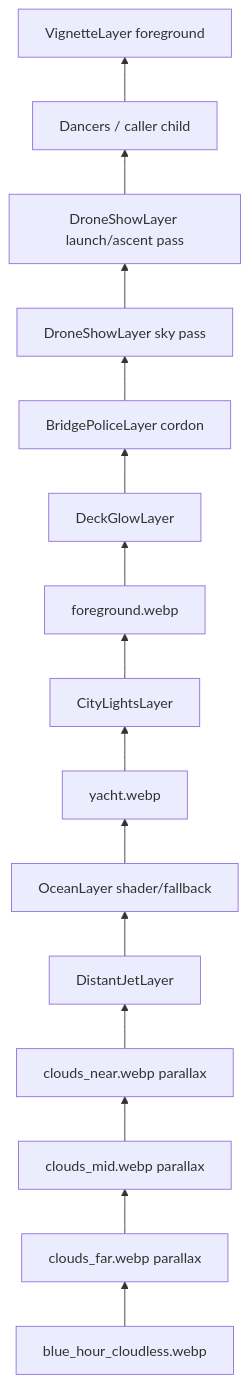
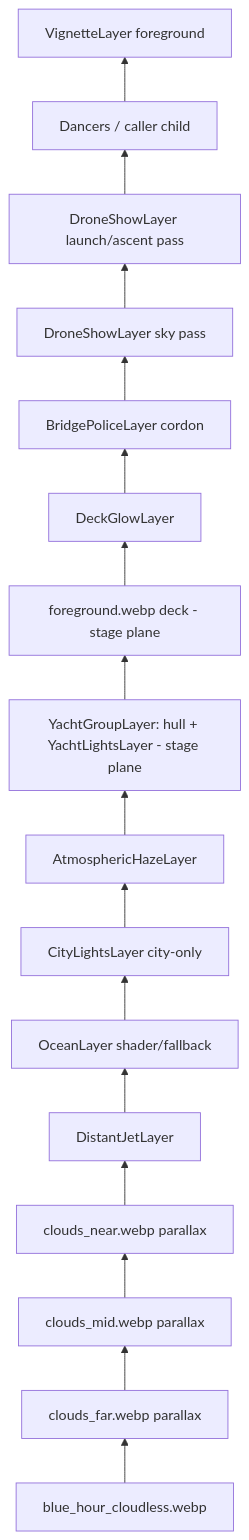
The second of 4 diagrams in lib/features/scenery/README.md (matthiasn/dancing_cats), drawn with Mermaid before and after one commit. The commit also changed other lines of this file and 12 other files, not shown here.

````diff
--- a/lib/features/scenery/README.md
+++ b/lib/features/scenery/README.md
@@ -53,20 +53,21 @@
 ```mermaid
 flowchart BT
   child[Dancers / caller child]
   vignette[VignetteLayer foreground]
   glow[DeckGlowLayer]
-  fg[foreground.webp]
-  lights[CityLightsLayer]
+  fg[foreground.webp deck - stage plane]
+  yachtGroup[YachtGroupLayer: hull + YachtLightsLayer - stage plane]
+  haze[AtmosphericHazeLayer]
+  lights[CityLightsLayer city-only]
   police[BridgePoliceLayer cordon]
   launchDrones[DroneShowLayer launch/ascent pass]
   skyDrones[DroneShowLayer sky pass]
-  yacht[yacht.webp]
   ocean[OceanLayer shader/fallback]
   jet[DistantJetLayer]
   near[clouds_near.webp parallax]
   mid[clouds_mid.webp parallax]
   far[clouds_far.webp parallax]
   base[blue_hour_cloudless.webp]
 
-  base --> far --> mid --> near --> jet --> ocean --> yacht --> lights --> fg --> glow --> police --> skyDrones --> launchDrones --> child --> vignette
+  base --> far --> mid --> near --> jet --> ocean --> lights --> haze --> yachtGroup --> fg --> glow --> police --> skyDrones --> launchDrones --> child --> vignette
 ```
````
